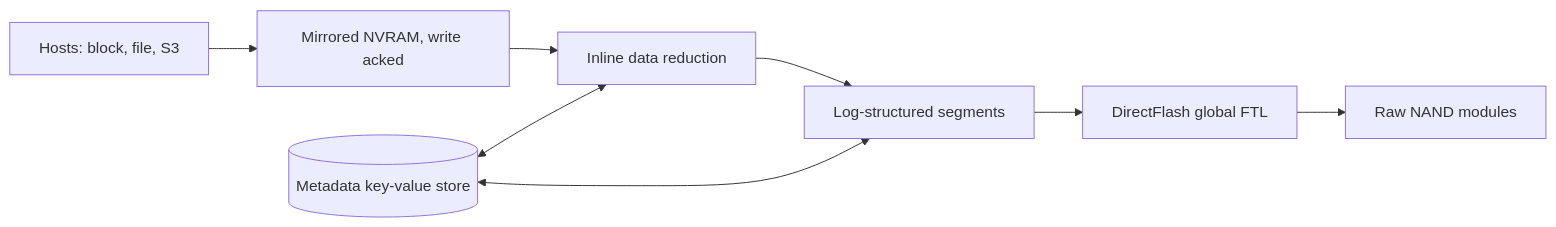
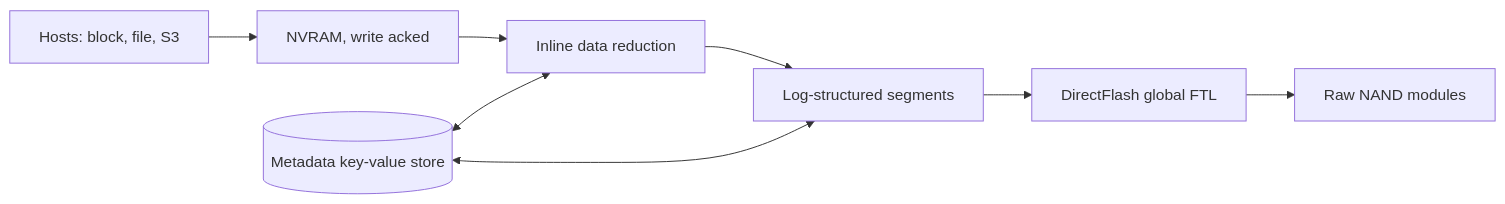
Before and after one commit to FrankHuang94/storage-_db_claude: the third of 7 diagrams in docs/00-start-here/00b-one-page-map.md, drawn with Mermaid. The commit also changed other lines of this file and 55 other files, not shown here.

````diff
--- a/docs/00-start-here/00b-one-page-map.md
+++ b/docs/00-start-here/00b-one-page-map.md
@@ -109,10 +109,10 @@
 ```mermaid
 flowchart LR
-    H["Hosts: block, file, S3"] --> NV["Mirrored NVRAM, write acked"]
+    H["Hosts: block, file, S3"] --> NV["NVRAM, write acked"]
     NV --> DR["Inline data reduction"]
     DR --> LS["Log-structured segments"]
     LS --> DF["DirectFlash global FTL"]
     DF --> N["Raw NAND modules"]
     KV[("Metadata key-value store")] <--> DR
     KV <--> LS
 ```
````
